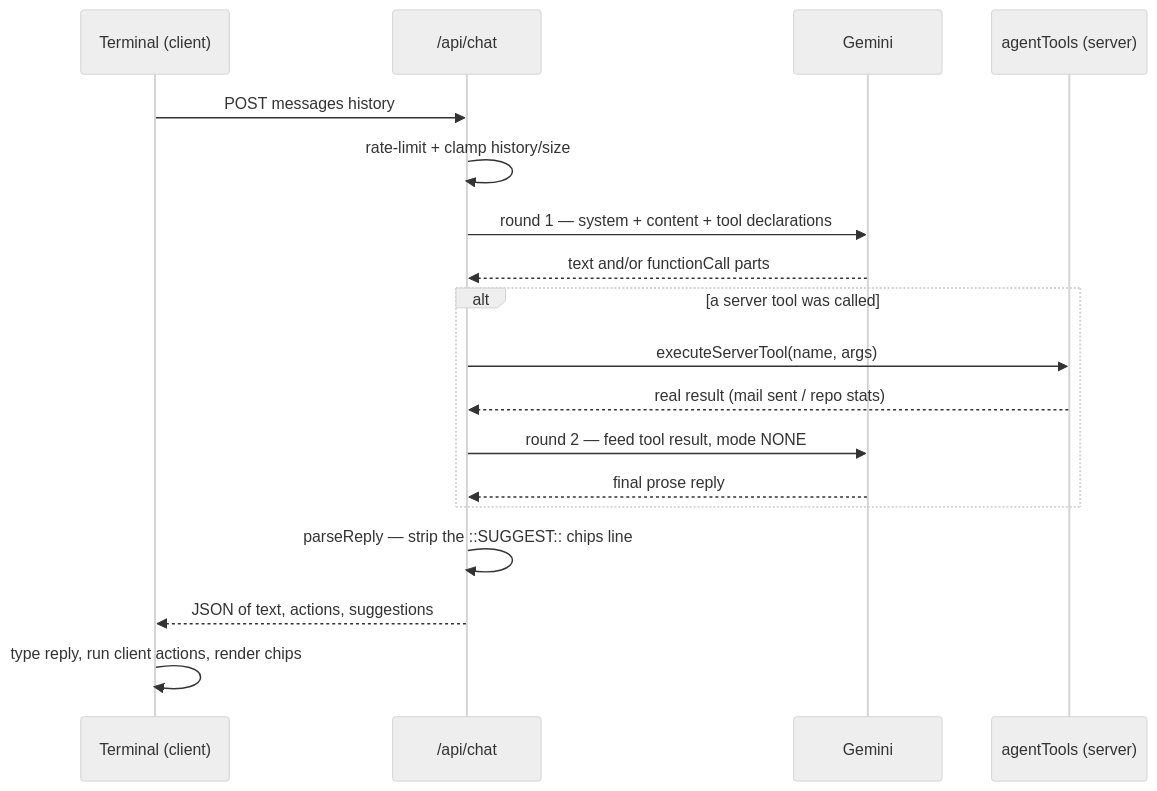
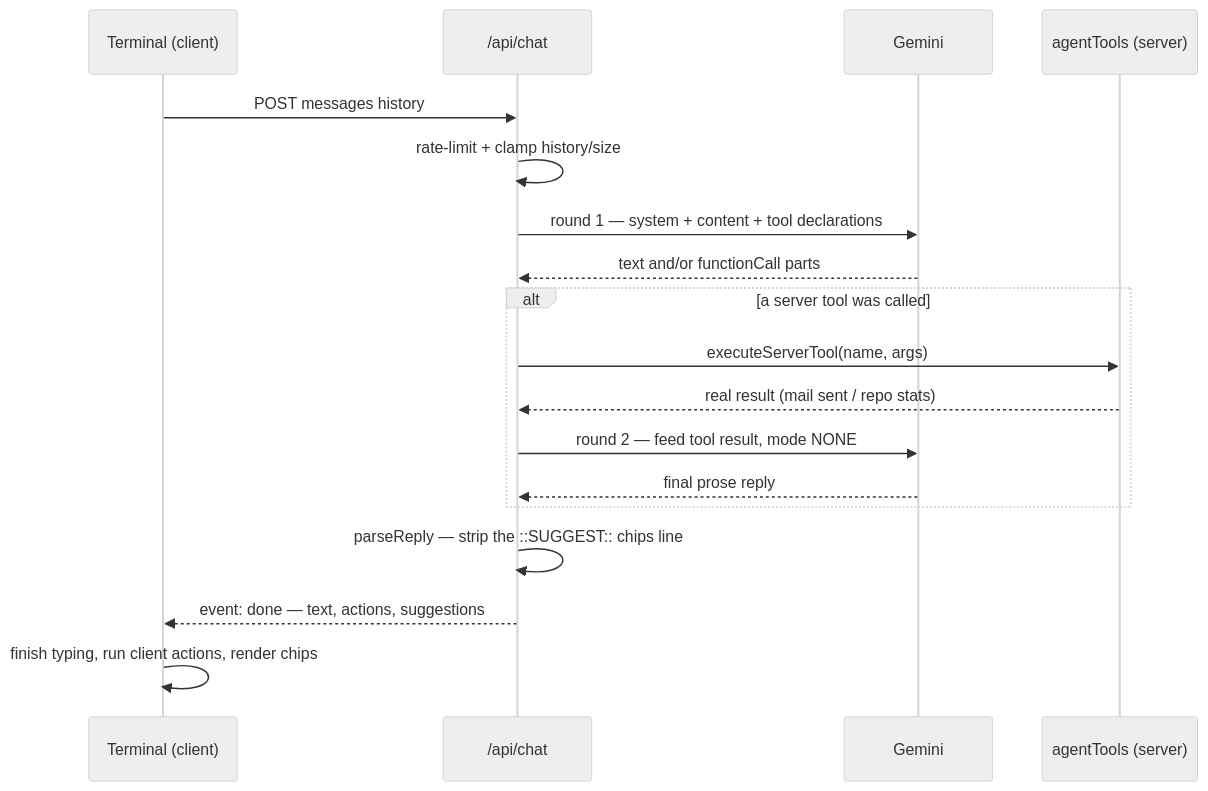
One commit to kudzaiprichard/my-portfolio changed the sixth of 10 diagrams in README.md. Above: the diagram before and after it, drawn with Mermaid (neutral theme). The commit also changed other lines of this file and 1 other file, not shown here.

````diff
--- a/README.md
+++ b/README.md
@@ -562,21 +619,21 @@
 ```mermaid
 sequenceDiagram
     participant Term as Terminal (client)
     participant API as /api/chat
     participant Gem as Gemini
     participant Tools as agentTools (server)
 
     Term->>API: POST messages history
     API->>API: rate-limit + clamp history/size
     API->>Gem: round 1 — system + content + tool declarations
     Gem-->>API: text and/or functionCall parts
     alt a server tool was called
         API->>Tools: executeServerTool(name, args)
         Tools-->>API: real result (mail sent / repo stats)
         API->>Gem: round 2 — feed tool result, mode NONE
         Gem-->>API: final prose reply
     end
     API->>API: parseReply — strip the ::SUGGEST:: chips line
-    API-->>Term: JSON of text, actions, suggestions
-    Term->>Term: type reply, run client actions, render chips
+    API-->>Term: event: done — text, actions, suggestions
+    Term->>Term: finish typing, run client actions, render chips
 ```
````
